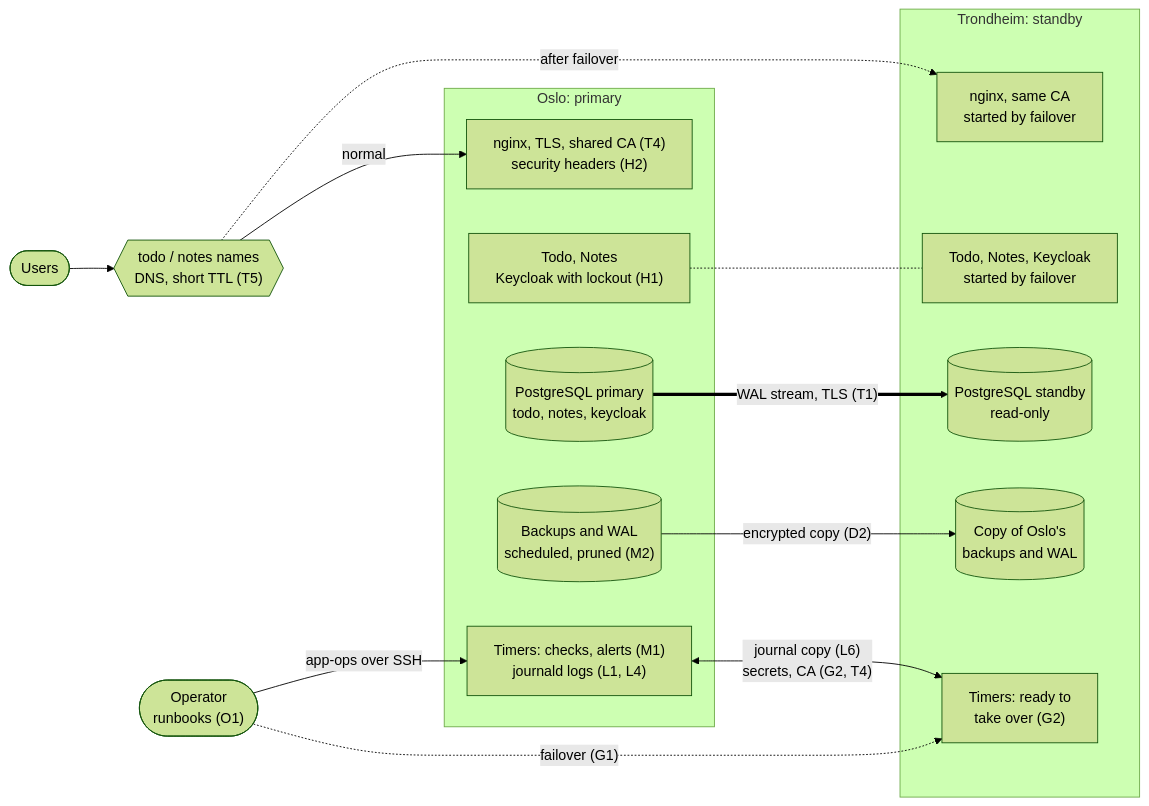
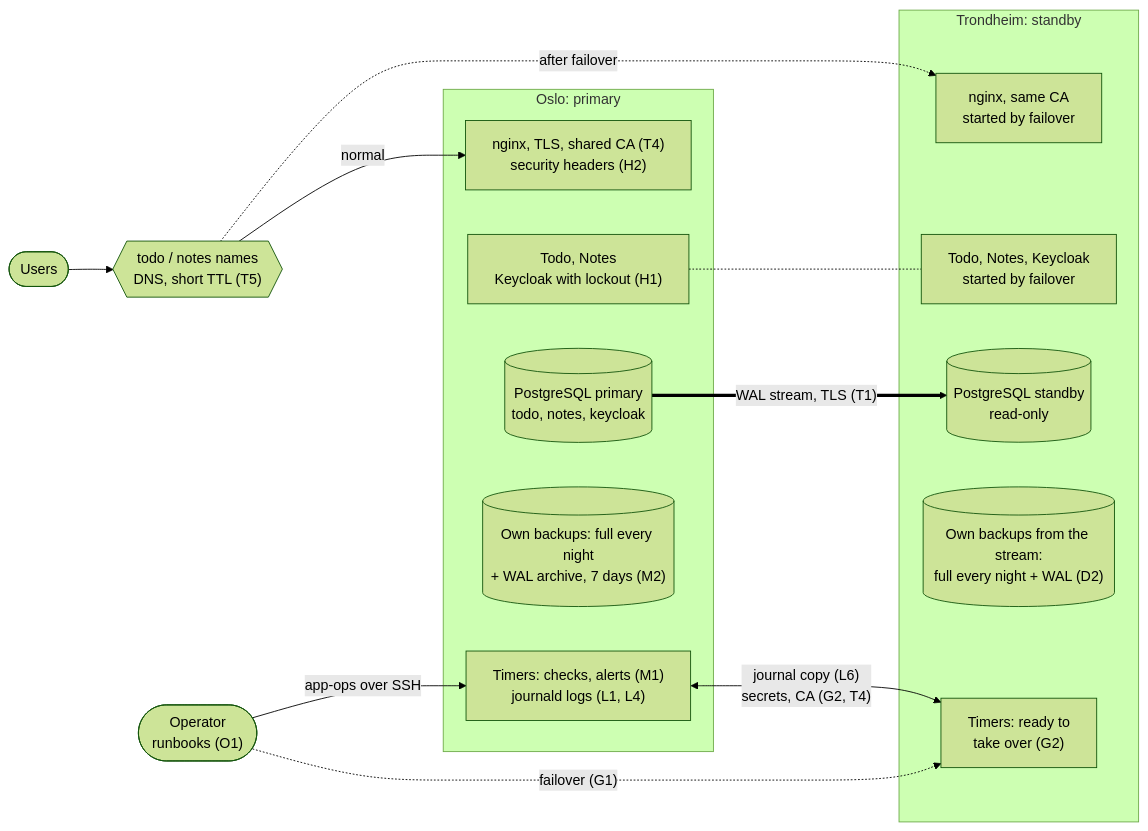
One commit to gunstein/podman_test changed the first of 2 diagrams in docs/TARGET-PICTURE.md. Above: the diagram before and after it, drawn with Mermaid (forest theme). The commit also changed other lines of this file and 1 other file, not shown here.

Commit message:
Backlog: each host backs up its own database copy
D2 no longer copies the primary's backups to the standby. Instead both
hosts archive WAL (the standby with archive_mode = always) and take a full
base backup every night, kept for 7 days, as with RMAN on a Data Guard
standby. No copy job, nothing to reverse after a failover, and the
standby's backups come from the replication stream that T1 encrypts.
Incremental base backups are left out while the databases are small.

M2 now schedules this on both hosts; the target picture shows it.

Claude-Session: https://claude.ai/code/session_01R8eXzjtDmNhhS3Jn5SdW76

````diff
--- a/docs/TARGET-PICTURE.md
+++ b/docs/TARGET-PICTURE.md
@@ -9,32 +9,32 @@
 ```mermaid
 flowchart LR
   users(["Users"]) --> dns{{"todo / notes names<br>DNS, short TTL (T5)"}}
   op(["Operator<br>runbooks (O1)"])
 
   subgraph OSLO["Oslo: primary"]
     o_proxy["nginx, TLS, shared CA (T4)<br>security headers (H2)"]
     o_apps["Todo, Notes<br>Keycloak with lockout (H1)"]
     o_db[("PostgreSQL primary<br>todo, notes, keycloak")]
-    o_bk[("Backups and WAL<br>scheduled, pruned (M2)")]
+    o_bk[("Own backups: full every night<br>+ WAL archive, 7 days (M2)")]
     o_time["Timers: checks, alerts (M1)<br>journald logs (L1, L4)"]
   end
 
   subgraph TRD["Trondheim: standby"]
     t_proxy["nginx, same CA<br>started by failover"]
     t_apps["Todo, Notes, Keycloak<br>started by failover"]
     t_db[("PostgreSQL standby<br>read-only")]
-    t_bk[("Copy of Oslo's<br>backups and WAL")]
+    t_bk[("Own backups from the stream:<br>full every night + WAL (D2)")]
     t_time["Timers: ready to<br>take over (G2)"]
   end
 
   dns -->|normal| o_proxy
   dns -.->|after failover| t_proxy
   o_proxy ~~~ t_proxy
   o_apps -.- t_apps
   o_db ==>|"WAL stream, TLS (T1)"| t_db
-  o_bk -->|"encrypted copy (D2)"| t_bk
+  o_bk ~~~ t_bk
   o_time <-->|"journal copy (L6)<br>secrets, CA (G2, T4)"| t_time
   dns ~~~ o_apps & o_db & o_bk
   op -->|app-ops over SSH| o_time
   op -.->|"failover (G1)"| t_time
 ```
````
